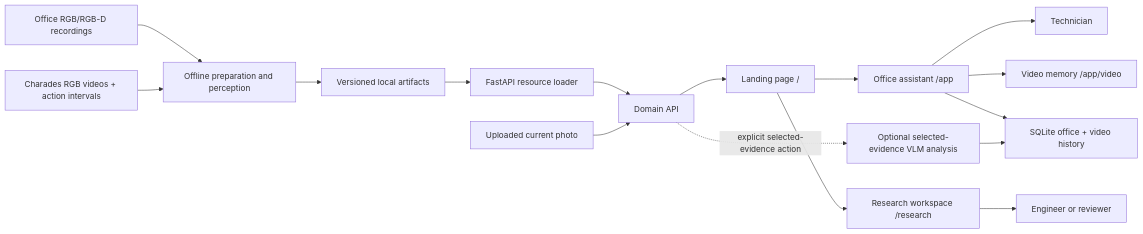
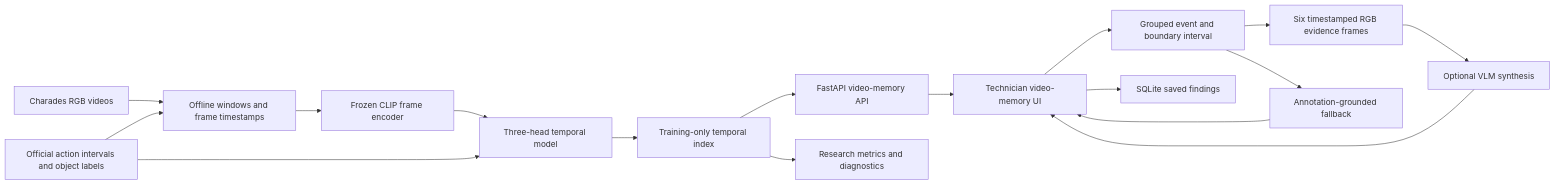
The first of 3 diagrams in docs/system_design_and_architecture.md (madhavpr191221/visual-memory-lab), drawn with Mermaid before and after one commit. The commit also changed other lines of this file and 24 other files, not shown here.

Commit message:
Polish Charades video memory workflow

````diff
--- a/docs/system_design_and_architecture.md
+++ b/docs/system_design_and_architecture.md
@@ -17,29 +24,29 @@
 ```mermaid
 flowchart LR
-    D[Office RGB/RGB-D recordings]
-    CV[Charades RGB videos + action intervals]
-    U[Uploaded current photo]
-    P[Offline preparation and perception]
-    A[Versioned local artifacts]
-    F[FastAPI resource loader]
-    API[Domain API]
-    L[Landing page /]
-    APP[Office assistant /app]
-    VM[Video memory /app/video]
-    R[Research workspace /research]
-    H[SQLite office + video history]
-    T[Technician]
-    E[Engineer or reviewer]
-    LLM[Optional selected-evidence VLM analysis]
+    V[Charades RGB videos]
+    ANN[Official action intervals and object labels]
+    PREP[Offline windows and frame timestamps]
+    CLIP[Frozen CLIP frame encoder]
+    TEMP[Three-head temporal model]
+    IDX[Training-only temporal index]
+    API[FastAPI video-memory API]
+    UI[Technician video-memory UI]
+    EVENT[Grouped event and boundary interval]
+    SAMPLE[Six timestamped RGB evidence frames]
+    VLM[Optional VLM synthesis]
+    FALL[Annotation-grounded fallback]
+    DB[SQLite saved findings]
+    RES[Research metrics and diagnostics]
 
-    D --> P --> A --> F --> API
-    CV --> P
-    U --> API
-    API --> L
-    L --> APP --> T
-    APP --> VM
-    L --> R --> E
-    APP --> H
-    API -. explicit selected-evidence action .-> LLM
-    LLM --> H
+    V --> PREP
+    ANN --> PREP
+    PREP --> CLIP --> TEMP --> IDX
+    ANN --> TEMP
+    IDX --> API --> UI
+    UI --> EVENT --> SAMPLE --> VLM
+    EVENT --> FALL
+    VLM --> UI
+    FALL --> UI
+    UI --> DB
+    IDX --> RES
 ```
````
